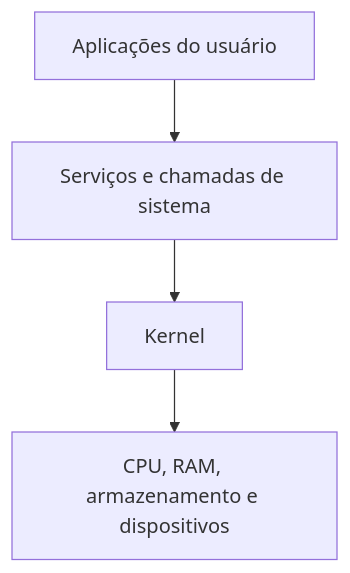
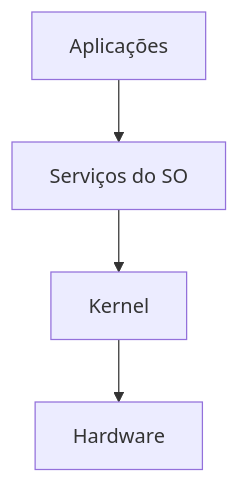
The diagram in Aula-1/README.md (theroven79-droid/SISTEMAS-OPERACIONAIS), drawn with Mermaid before and after one commit. The commit also changed other lines of this file, not shown here.

````diff
--- a/Aula-1/README.md
+++ b/Aula-1/README.md
@@ -89,6 +23,6 @@
 ```mermaid
 flowchart TB
-    A["Aplicações do usuário"] --> B["Serviços e chamadas de sistema"]
-    B --> C["Kernel"]
-    C --> D["CPU, RAM, armazenamento e dispositivos"]
+    A[Aplicações] --> B[Serviços do SO]
+    B --> C[Kernel]
+    C --> D[Hardware]
 ```
````
